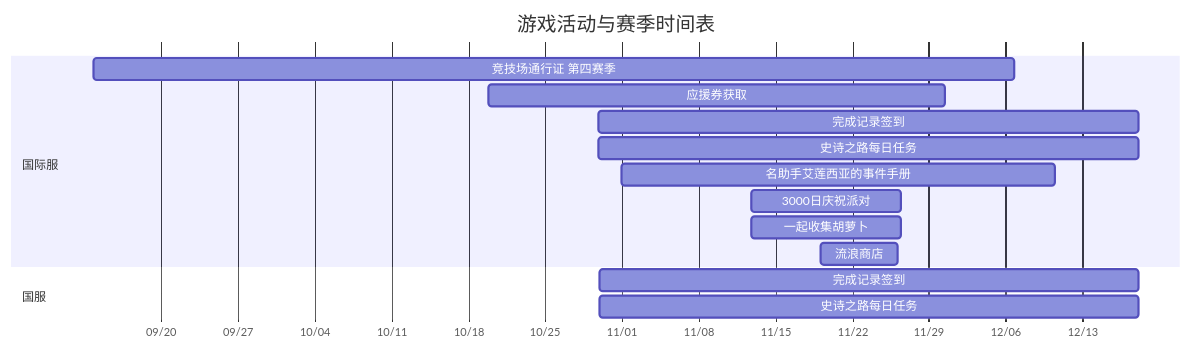
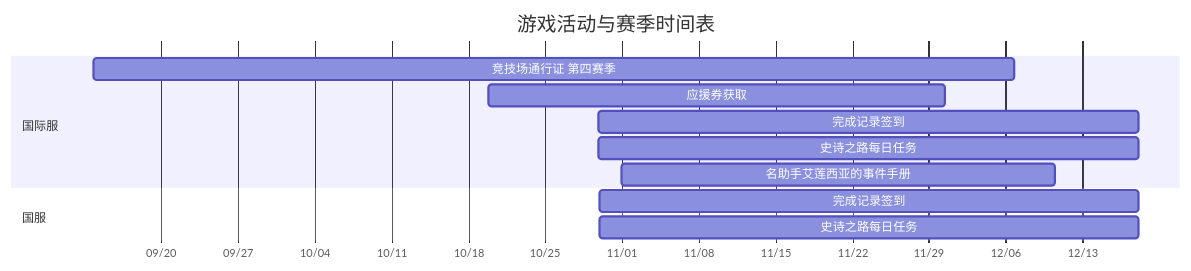
The diagram in tasks/activity/calendar.md (Rea1-ms/AutoEpicSeven), drawn with Mermaid before and after one commit. The commit also changed other lines of this file and 50 other files, not shown here.

First line of the commit message:
Refactor: archive expired activity flows

````diff
--- a/tasks/activity/calendar.md
+++ b/tasks/activity/calendar.md
@@ -6,18 +6,15 @@
 ```mermaid
 gantt
     title 游戏活动与赛季时间表
     dateFormat YYYY-MM-DD HH:mm
     axisFormat %m/%d
     section 国际服
     竞技场通行证 第四赛季 :OVERSEA_arena_pass_oversea_2026_season_4, 2026-09-13 20:00, 2026-12-06 20:00
     应援券获取 :OVERSEA_support_reward_2026_10_19, 2026-10-19 21:10, 2026-11-30 11:00
     完成记录签到 :OVERSEA_completion_record_2026_10_29, 2026-10-29 20:37, 2026-12-18 02:00
     史诗之路每日任务 :OVERSEA_epic_path_2026_10_29, 2026-10-29 20:37, 2026-12-18 02:00
     名助手艾莲西亚的事件手册 :OVERSEA_alencia_handbook_2026_11_01, 2026-11-01 00:05, 2026-12-10 11:00
-    3000日庆祝派对 :OVERSEA_anniversary_party_2026_11_12, 2026-11-12 20:11, 2026-11-26 11:00
-    一起收集胡萝卜 :OVERSEA_carrot_reward_2026_11_12, 2026-11-12 20:14, 2026-11-26 11:00
-    流浪商店 :OVERSEA_huche_shop_2026_11_19, 2026-11-19 03:00, 2026-11-26 03:00
     section 国服
     完成记录签到 :CN_completion_record_2026_10_29, 2026-10-29 22:26, 2026-12-18 03:00
     史诗之路每日任务 :CN_epic_path_2026_10_29, 2026-10-29 22:26, 2026-12-18 03:00
 ```
````
